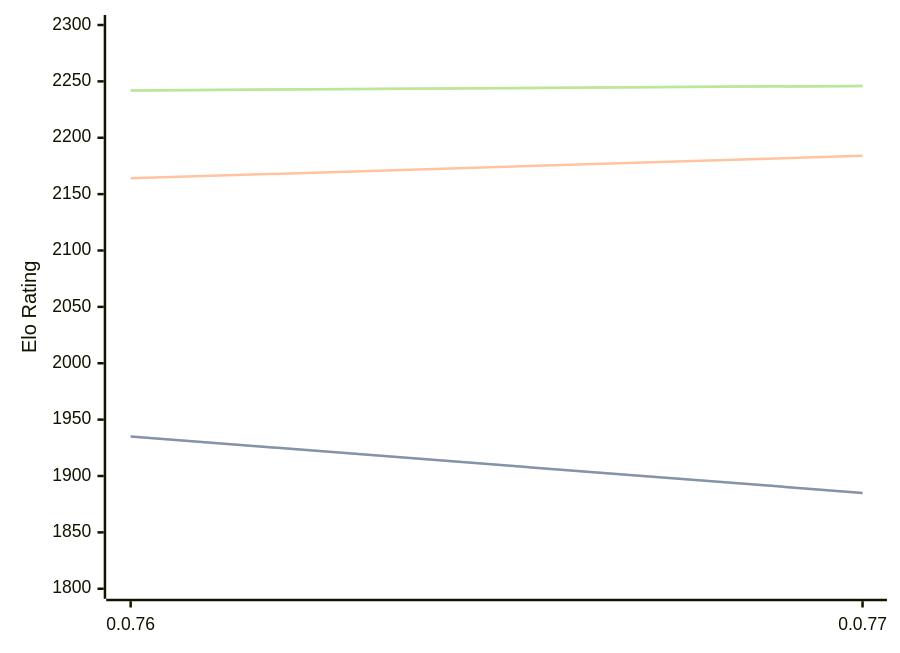
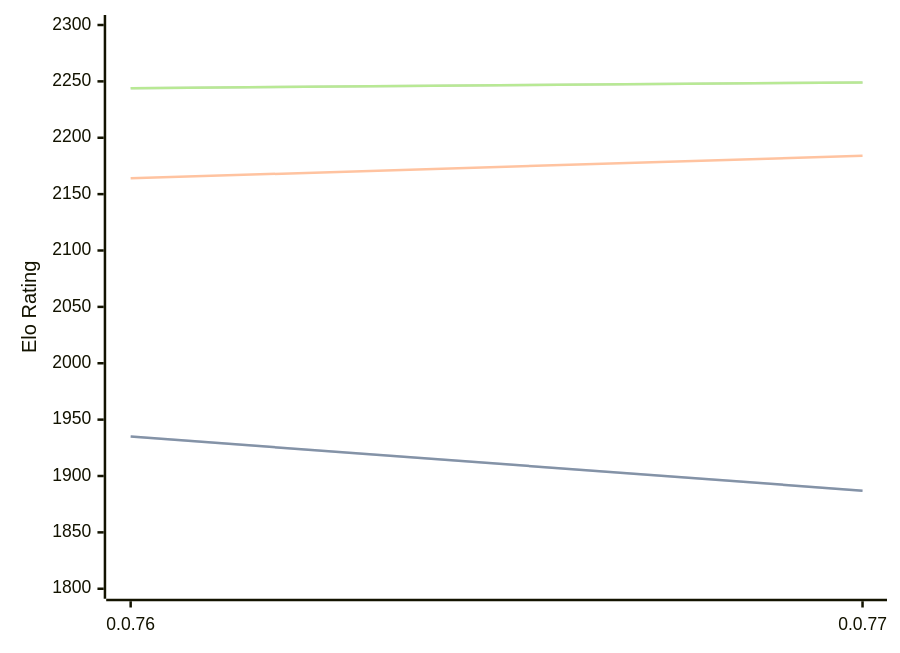
One commit to computer-chess-index/cci changed the diagram in engines/Fktb.md. Above: the diagram before and after it, drawn with Mermaid. The commit also changed other lines of this file, not shown here.

Commit message:
Update CCI Ratings (ELO VLTC) - 2026-04-11

````diff
--- a/engines/Fktb.md
+++ b/engines/Fktb.md
@@ -32,11 +32,11 @@
 ```mermaid
 %%{init: {"theme":"base","themeVariables":{"seriesColors:['#a3a3a3','#222221','#faa371']}}}%%
 xychart-beta
   x-axis ["0.0.76", "0.0.77"]
   y-axis "Elo Rating" 1800 --> 2300
-  line "STC (8.0+0.08s)" [1935, 1885]
-  line "STC (8.0+0.08s)" [1935, 1885]
+  line "STC (8.0+0.08s)" [1935, 1887]
+  line "STC (8.0+0.08s)" [1935, 1887]
   line "LTC (60.0+0.60s)" [2164, 2184]
-  line "VLTC (2m24s+1.12s)" [2242, 2246]
-  line "VLTC (2m24s+1.12s)" [2242, 2246]
+  line "VLTC (2m24s+1.12s)" [2244, 2249]
+  line "VLTC (2m24s+1.12s)" [2244, 2249]
 ```
````
